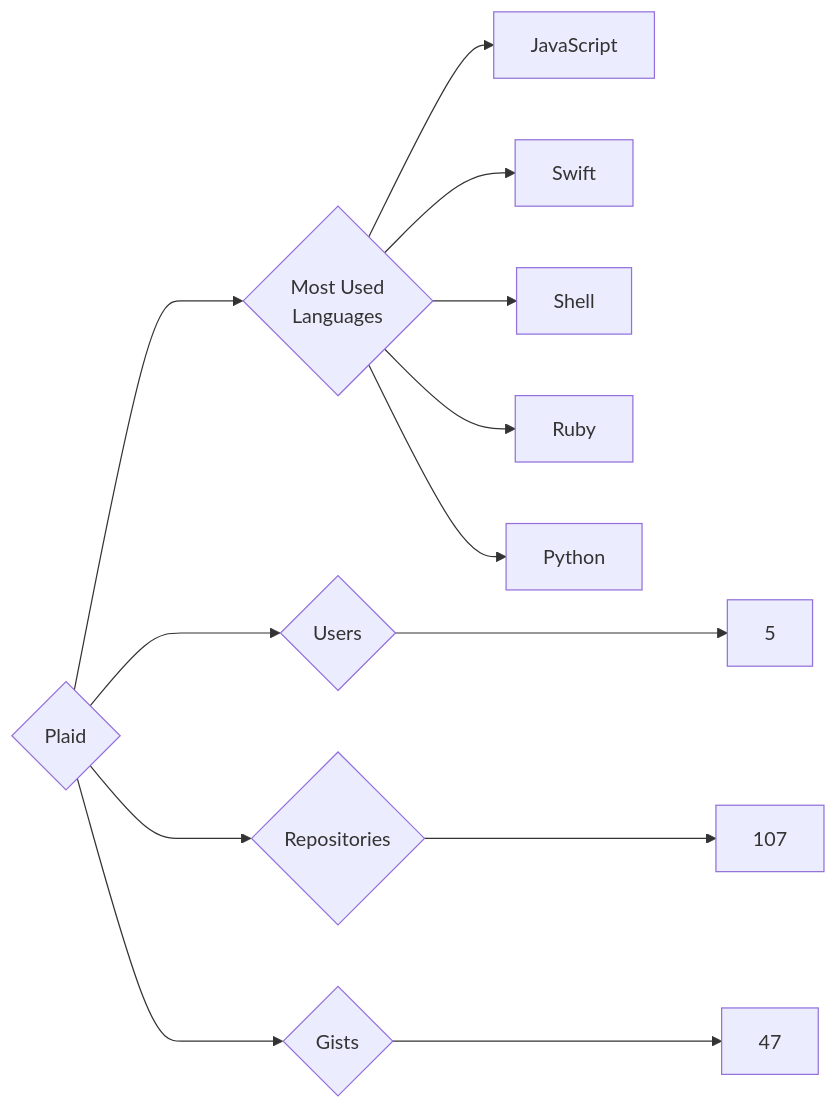
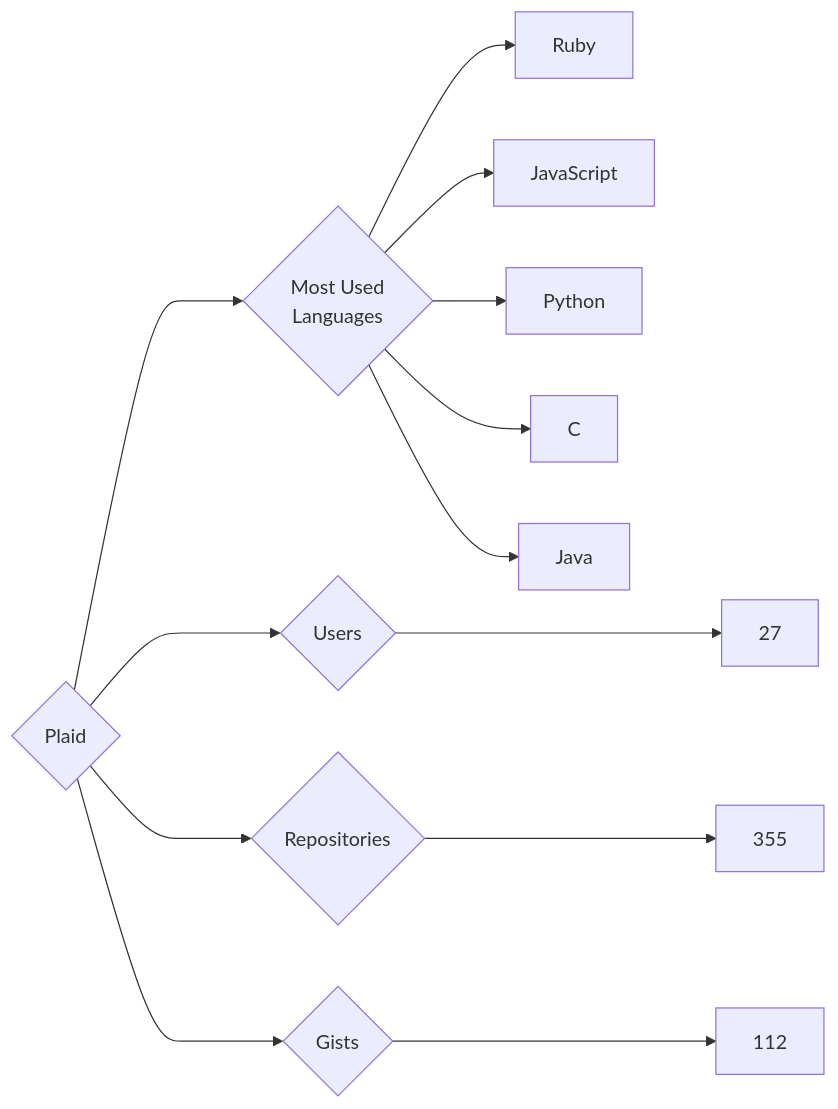
One commit to trickest/insiders changed the diagram in targets/Plaid/README.md. Above: the diagram before and after it, drawn with Mermaid. The commit also changed 582 other files, not shown here.

````diff
--- a/targets/Plaid/README.md
+++ b/targets/Plaid/README.md
@@ -3,13 +3,13 @@
 ```mermaid
 graph LR
 COMPANY_NAME{Plaid}
-COMPANY_NAME ---> U{Users} ---> UN[5]
-COMPANY_NAME ---> R{Repositories} ---> RN[107]
-COMPANY_NAME ---> G{Gists} ---> GN[47]
+COMPANY_NAME ---> U{Users} ---> UN[27]
+COMPANY_NAME ---> R{Repositories} ---> RN[355]
+COMPANY_NAME ---> G{Gists} ---> GN[112]
 COMPANY_NAME ---> ML{Most Used<br>Languages}
+ML --> Ruby[Ruby]
 ML --> JavaScript[JavaScript]
-ML --> Swift[Swift]
-ML --> Shell[Shell]
-ML --> Ruby[Ruby]
 ML --> Python[Python]
+ML --> C[C]
+ML --> Java[Java]
 ```
````
